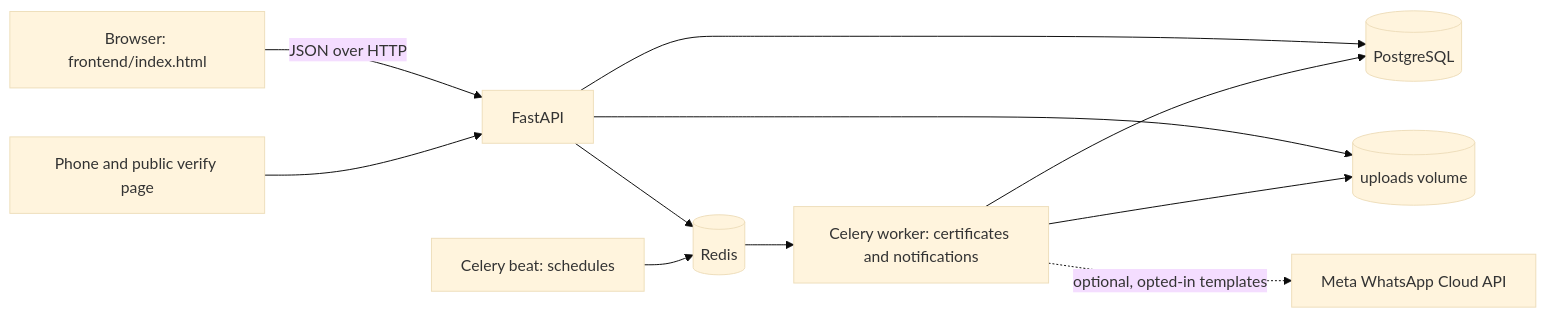
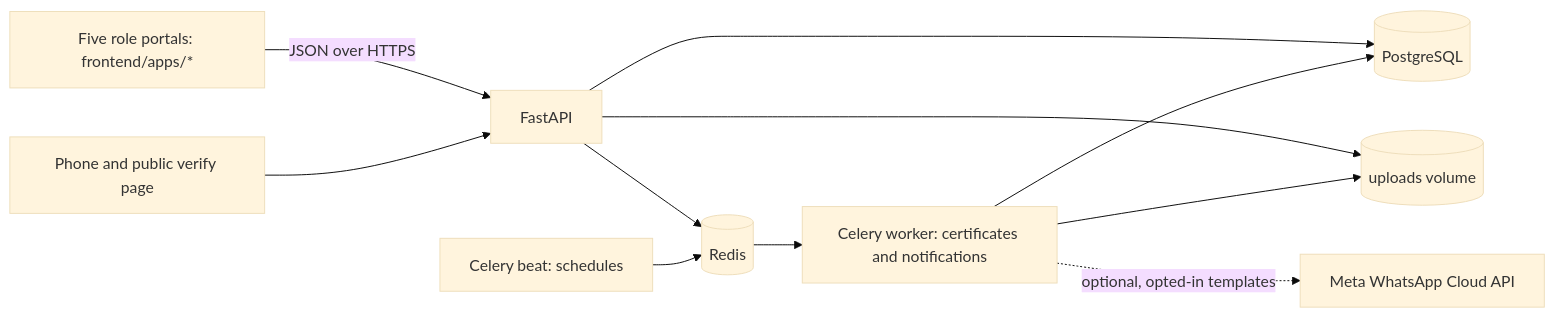
Before and after one commit to kelsier2008/mirai-project-final: the diagram in README.md, drawn with Mermaid (base theme). The commit also changed other lines of this file and 108 other files, not shown here.

First line of the commit message:
Split the frontend into five role portals for separate deployment

````diff
--- a/README.md
+++ b/README.md
@@ -75,13 +95,13 @@
 ```mermaid
 flowchart LR
-  UI[Browser: frontend/index.html] -->|JSON over HTTP| API[FastAPI]
+  UI[Five role portals: frontend/apps/*] -->|JSON over HTTPS| API[FastAPI]
   QR[Phone and public verify page] --> API
   API --> PG[(PostgreSQL)]
   API --> R[(Redis)]
   API --> FS[(uploads volume)]
   R --> W[Celery worker: certificates and notifications]
   B[Celery beat: schedules] --> R
   W --> PG
   W --> FS
   W -. optional, opted-in templates .-> WA[Meta WhatsApp Cloud API]
 ```
````
